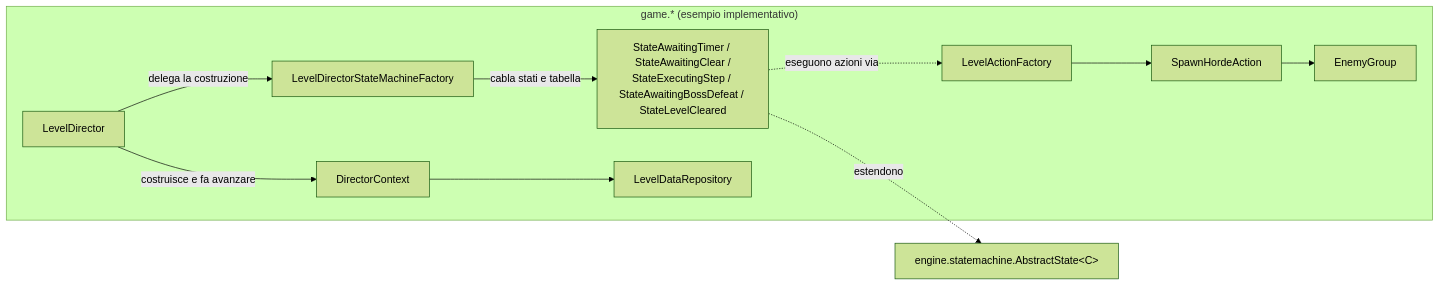
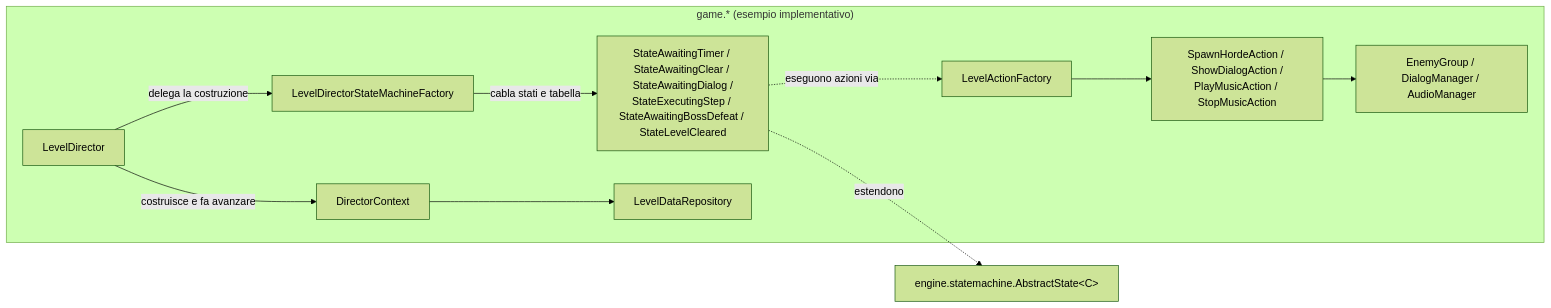
One commit to alesky78/TigerSupply changed the third of 7 diagrams in documentation/subsystems/level-director-sequencing/index.md. Above: the diagram before and after it, drawn with Mermaid (forest theme). The commit also changed other lines of this file and 31 other files, not shown here.

````diff
--- a/documentation/subsystems/level-director-sequencing/index.md
+++ b/documentation/subsystems/level-director-sequencing/index.md
@@ -210,13 +214,13 @@
 ```mermaid
 flowchart LR
     subgraph GAME ["game.* (esempio implementativo)"]
         DIR["LevelDirector"] -->|costruisce e fa avanzare| CTX["DirectorContext"]
         DIR -->|delega la costruzione| FAC["LevelDirectorStateMachineFactory"]
-        FAC -->|cabla stati e tabella| STATES["StateAwaitingTimer / StateAwaitingClear /<br/>StateExecutingStep / StateAwaitingBossDefeat / StateLevelCleared"]
+        FAC -->|cabla stati e tabella| STATES["StateAwaitingTimer / StateAwaitingClear / StateAwaitingDialog /<br/>StateExecutingStep / StateAwaitingBossDefeat / StateLevelCleared"]
         STATES -. eseguono azioni via .-> AF["LevelActionFactory"]
-        AF --> SHA["SpawnHordeAction"]
-        SHA --> EG["EnemyGroup"]
+        AF --> SHA["SpawnHordeAction / ShowDialogAction /<br/>PlayMusicAction / StopMusicAction"]
+        SHA --> EG["EnemyGroup / DialogManager / AudioManager"]
         CTX --> REPO["LevelDataRepository"]
     end
     STATES -. estendono .-> ABS["engine.statemachine.AbstractState&lt;C&gt;"]
 ```
````
